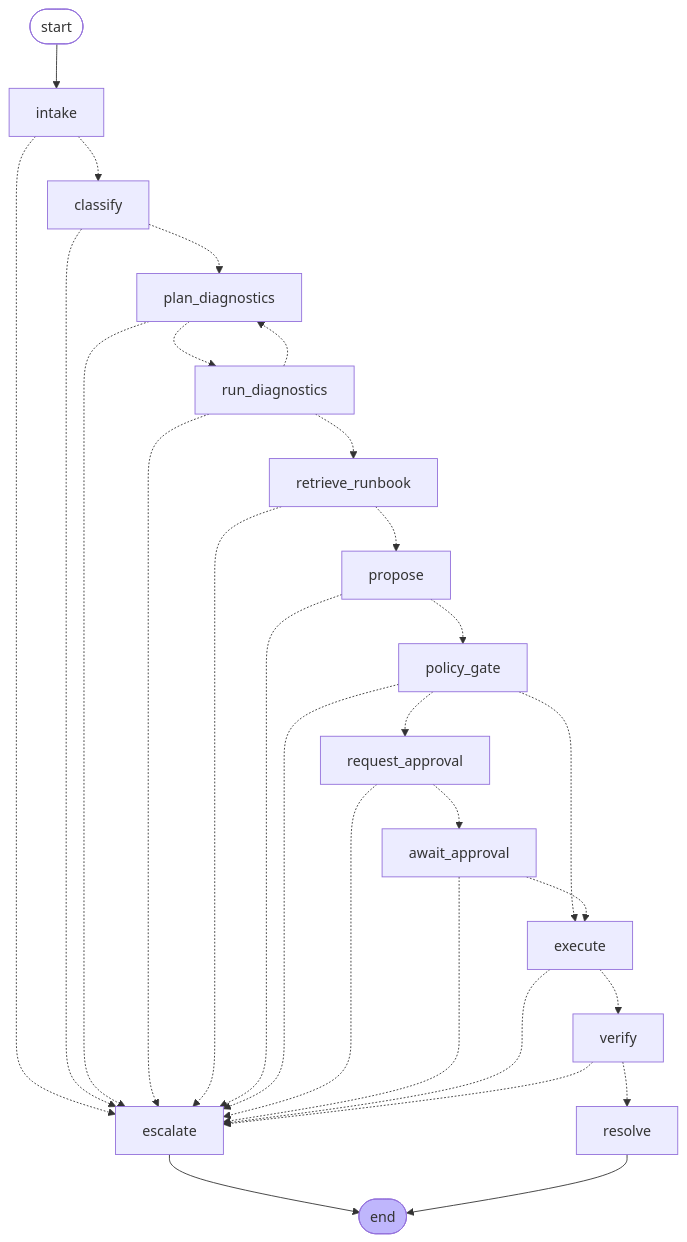
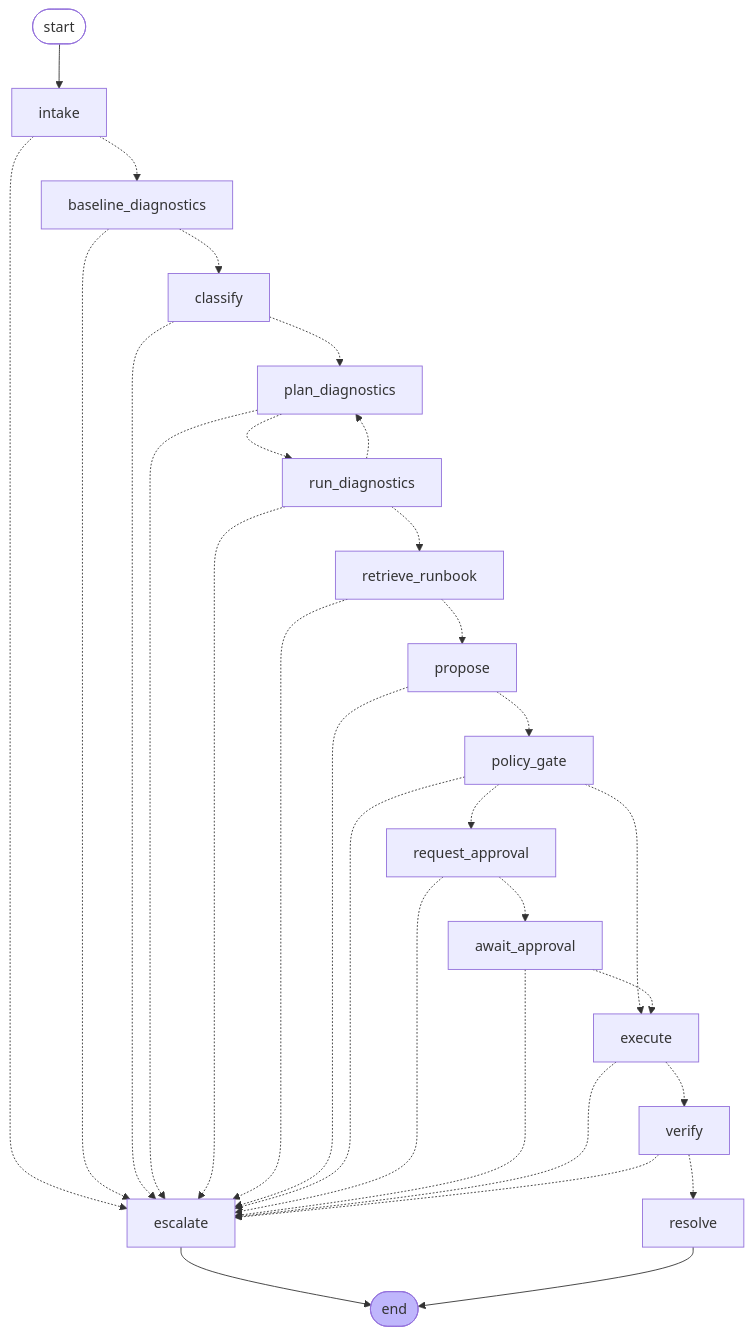
Before and after one commit to minimascientific/agentic-reliability-lab: the diagram in docs/architecture.md, drawn with Mermaid. The commit also changed other lines of this file and 23 other files, not shown here.

First line of the commit message:
Run deterministic baseline diagnostics before AI classification

````diff
--- a/docs/architecture.md
+++ b/docs/architecture.md
@@ -31,34 +32,36 @@
 ```mermaid
 graph TD;
 	__start__([start]):::first
 	__end__([end]):::last
 	__start__ --> intake;
-	intake -.-> classify;
+	intake -.-> baseline_diagnostics;
 	intake -.-> escalate;
+	baseline_diagnostics -.-> classify;
+	baseline_diagnostics -.-> escalate;
 	classify -.-> plan_diagnostics;
 	classify -.-> escalate;
 	plan_diagnostics -.-> run_diagnostics;
 	plan_diagnostics -.-> escalate;
 	run_diagnostics -.-> plan_diagnostics;
 	run_diagnostics -.-> retrieve_runbook;
 	run_diagnostics -.-> escalate;
 	retrieve_runbook -.-> propose;
 	retrieve_runbook -.-> escalate;
 	propose -.-> policy_gate;
 	propose -.-> escalate;
 	policy_gate -.-> request_approval;
 	policy_gate -.-> execute;
 	policy_gate -.-> escalate;
 	request_approval -.-> await_approval;
 	request_approval -.-> escalate;
 	await_approval -.-> execute;
 	await_approval -.-> escalate;
 	execute -.-> verify;
 	execute -.-> escalate;
 	verify -.-> resolve;
 	verify -.-> escalate;
 	escalate --> __end__;
 	resolve --> __end__;
 	classDef first fill-opacity:0
 	classDef last fill:#bfb6fc
 ```
````
